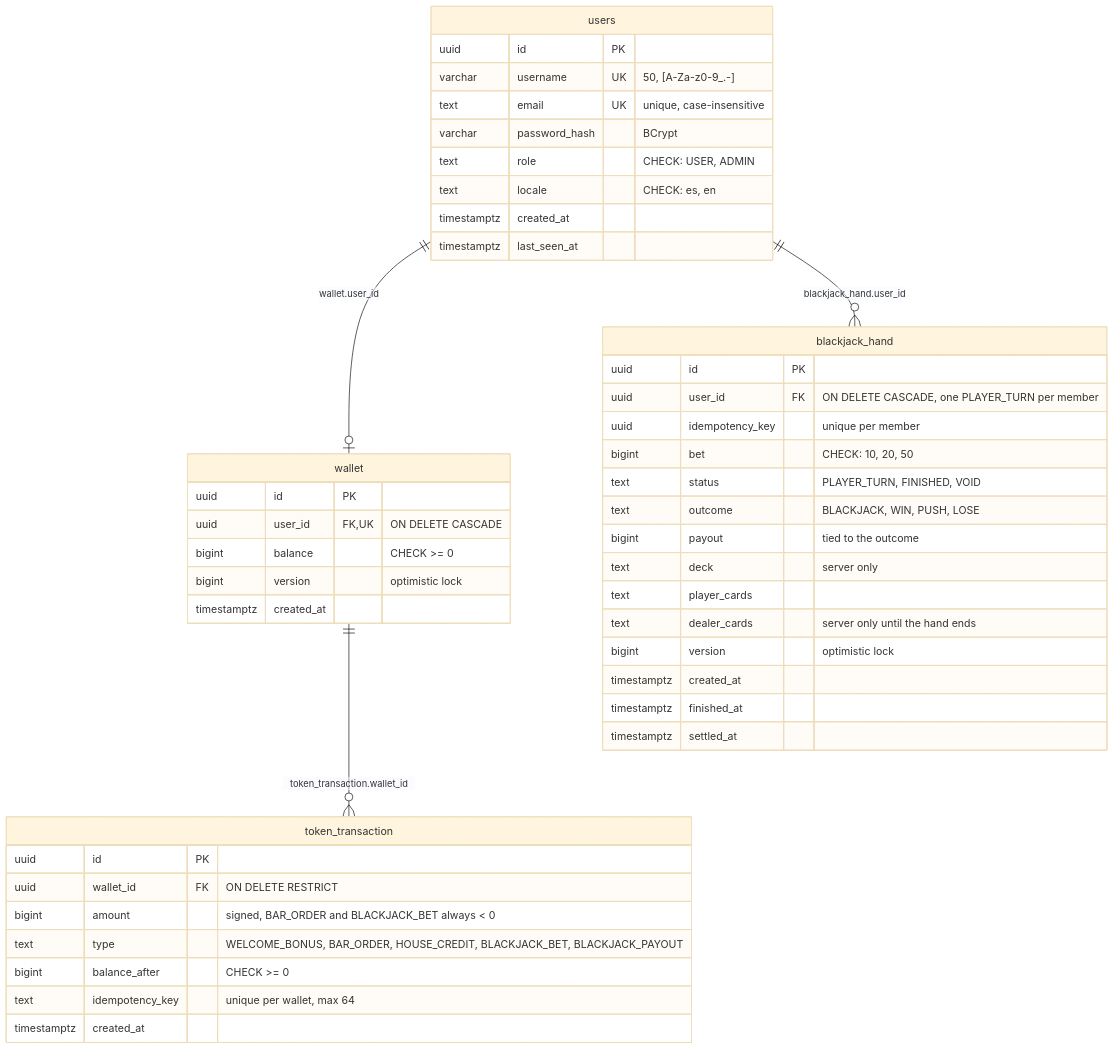
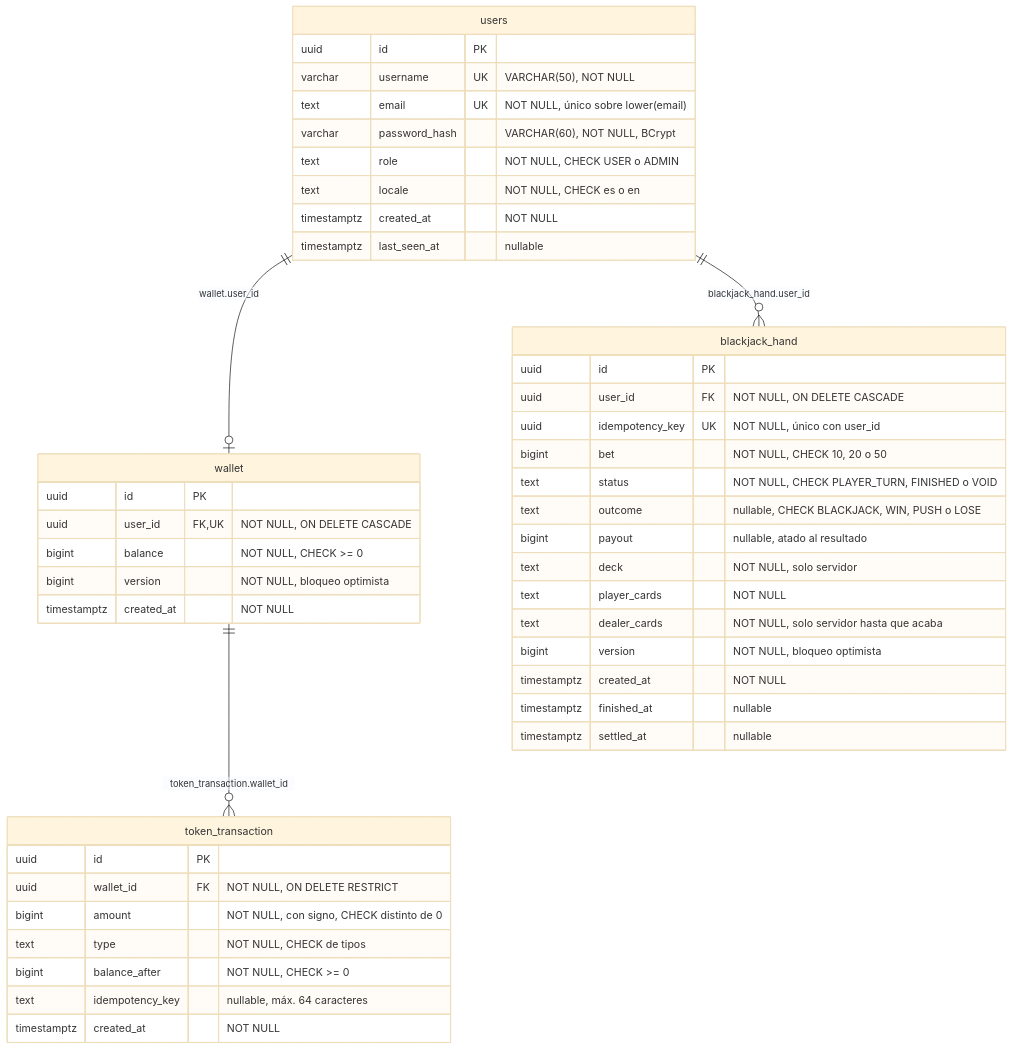
Before and after one commit to iulian640/iulianlounge-backend: the diagram in README.md, drawn with Mermaid (base theme). The commit also changed other lines of this file and 2 other files, not shown here.

````diff
--- a/README.md
+++ b/README.md
@@ -172,52 +199,52 @@
 ```mermaid
 erDiagram
     users ||--o| wallet : "wallet.user_id"
     wallet ||--o{ token_transaction : "token_transaction.wallet_id"
     users ||--o{ blackjack_hand : "blackjack_hand.user_id"
 
     users {
         uuid id PK
-        varchar username UK "50, [A-Za-z0-9_.-]"
-        text email UK "unique, case-insensitive"
-        varchar password_hash "BCrypt"
-        text role "CHECK: USER, ADMIN"
-        text locale "CHECK: es, en"
-        timestamptz created_at
-        timestamptz last_seen_at
+        varchar username UK "VARCHAR(50), NOT NULL"
+        text email UK "NOT NULL, único sobre lower(email)"
+        varchar password_hash "VARCHAR(60), NOT NULL, BCrypt"
+        text role "NOT NULL, CHECK USER o ADMIN"
+        text locale "NOT NULL, CHECK es o en"
+        timestamptz created_at "NOT NULL"
+        timestamptz last_seen_at "nullable"
     }
 
     wallet {
         uuid id PK
-        uuid user_id FK,UK "ON DELETE CASCADE"
-        bigint balance "CHECK >= 0"
-        bigint version "optimistic lock"
-        timestamptz created_at
+        uuid user_id FK,UK "NOT NULL, ON DELETE CASCADE"
+        bigint balance "NOT NULL, CHECK >= 0"
+        bigint version "NOT NULL, bloqueo optimista"
+        timestamptz created_at "NOT NULL"
     }
 
     token_transaction {
         uuid id PK
-        uuid wallet_id FK "ON DELETE RESTRICT"
-        bigint amount "signed, BAR_ORDER and BLACKJACK_BET always < 0"
-        text type "WELCOME_BONUS, BAR_ORDER, HOUSE_CREDIT, BLACKJACK_BET, BLACKJACK_PAYOUT"
-        bigint balance_after "CHECK >= 0"
-        text idempotency_key "unique per wallet, max 64"
-        timestamptz created_at
+        uuid wallet_id FK "NOT NULL, ON DELETE RESTRICT"
+        bigint amount "NOT NULL, con signo, CHECK distinto de 0"
+        text type "NOT NULL, CHECK de tipos"
+        bigint balance_after "NOT NULL, CHECK >= 0"
+        text idempotency_key "nullable, máx. 64 caracteres"
+        timestamptz created_at "NOT NULL"
     }
 
     blackjack_hand {
         uuid id PK
-        uuid user_id FK "ON DELETE CASCADE, one PLAYER_TURN per member"
-        uuid idempotency_key "unique per member"
-        bigint bet "CHECK: 10, 20, 50"
-        text status "PLAYER_TURN, FINISHED, VOID"
-        text outcome "BLACKJACK, WIN, PUSH, LOSE"
-        bigint payout "tied to the outcome"
-        text deck "server only"
-        text player_cards
-        text dealer_cards "server only until the hand ends"
-        bigint version "optimistic lock"
-        timestamptz created_at
-        timestamptz finished_at
-        timestamptz settled_at
+        uuid user_id FK "NOT NULL, ON DELETE CASCADE"
+        uuid idempotency_key UK "NOT NULL, único con user_id"
+        bigint bet "NOT NULL, CHECK 10, 20 o 50"
+        text status "NOT NULL, CHECK PLAYER_TURN, FINISHED o VOID"
+        text outcome "nullable, CHECK BLACKJACK, WIN, PUSH o LOSE"
+        bigint payout "nullable, atado al resultado"
+        text deck "NOT NULL, solo servidor"
+        text player_cards "NOT NULL"
+        text dealer_cards "NOT NULL, solo servidor hasta que acaba"
+        bigint version "NOT NULL, bloqueo optimista"
+        timestamptz created_at "NOT NULL"
+        timestamptz finished_at "nullable"
+        timestamptz settled_at "nullable"
     }
 ```
````
